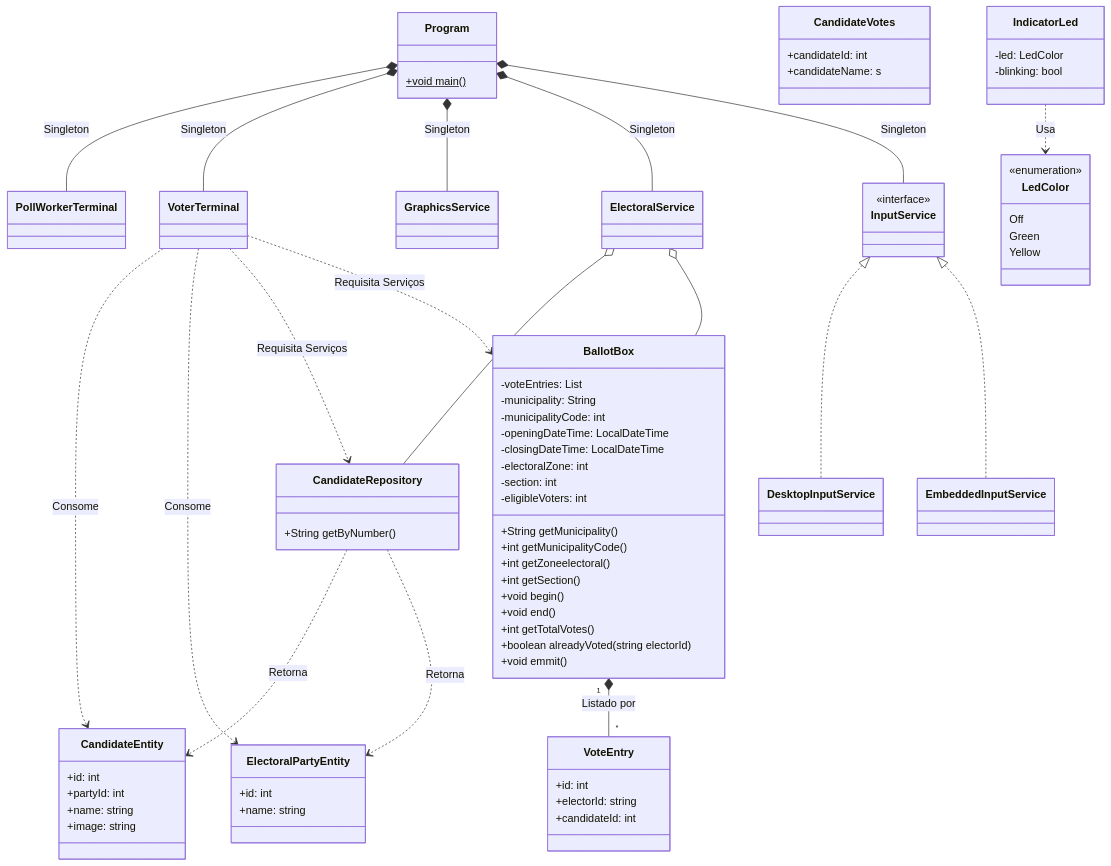
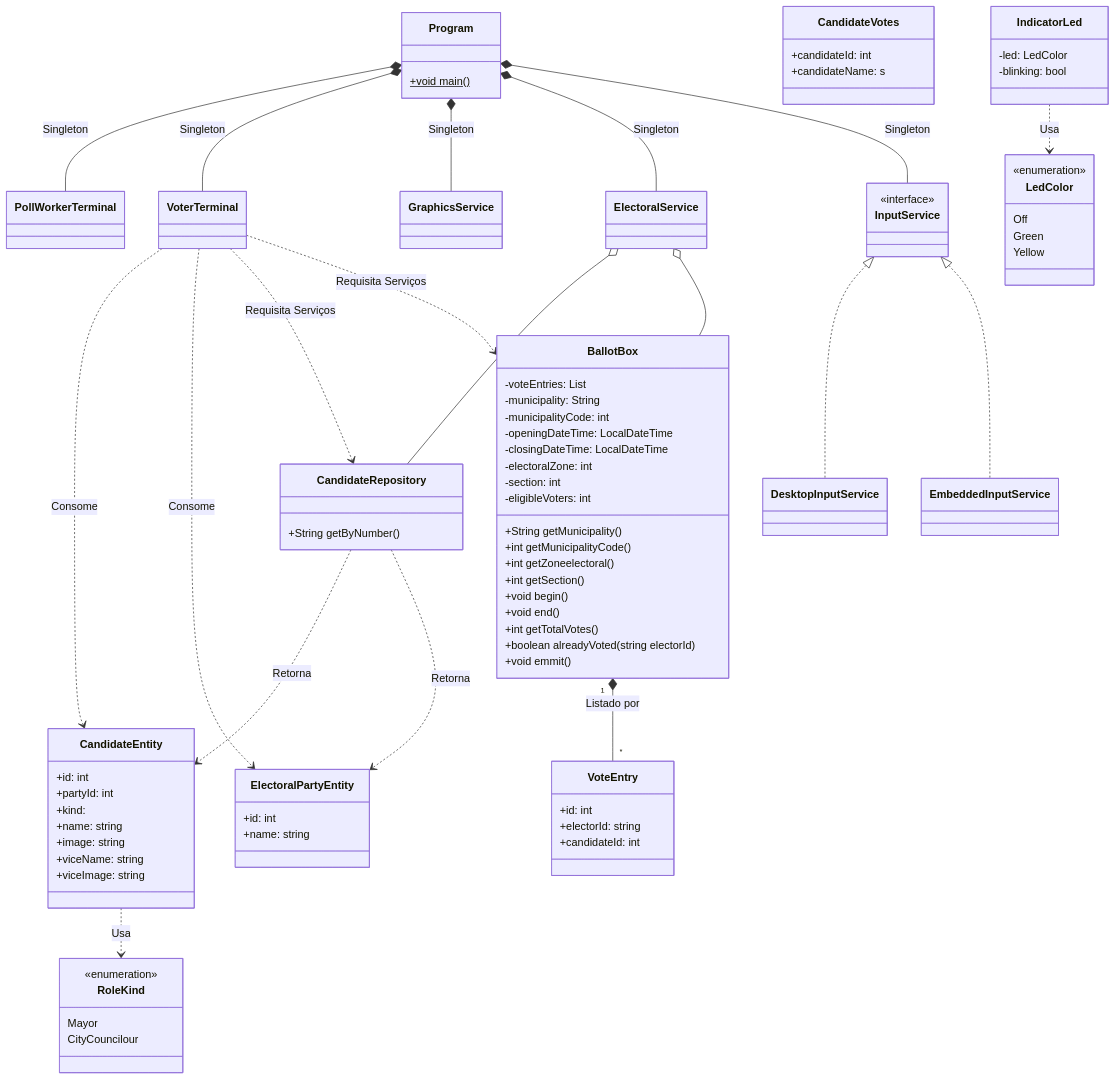
One commit to Augusto-Caique/urna-eletronica changed the diagram in class-diagram.mermaid. Above: the diagram before and after it, drawn with Mermaid.

Commit message:
Adicionar RoleKind

```diff
--- a/class-diagram.mermaid
+++ b/class-diagram.mermaid
@@ -1,127 +1,137 @@
 classDiagram
 
 class Program {
     +void main()$
 }
 
 class GraphicsService {
     
 }
 
 class ElectoralService {
 
 }
 
 class InputService <<interface>> {
 
 }
 
 class DesktopInputService {
     %%Raspberry Pi
 }
 
 class EmbeddedInputService {
 
 }
 
 class CandidateRepository {
     
     +String getByNumber ()
 }
 
 class CandidateEntity {
     %% TODO ver com nirton o encapsulamento das
     %% entidades do DB no java
     +id: int
     +partyId: int
+    +kind:
     +name: string
     +image: string
+    +viceName: string
+    +viceImage: string
 }
 
 class ElectoralPartyEntity {
     %% TODO ver com nirton o encapsulamento das
     %% entidades do DB no java
     +id: int
     +name: string
 }
 
 class VoteEntry {
     %% TODO ver com nirton o encapsulamento das
     %% entidades do DB no java
     +id: int
     +electorId: string
     +candidateId: int
 }
 
 class CandidateVotes {
     +candidateId: int
     +candidateName: s
 }
 
 class BallotBox {
     %% municipality -> 5 digits
     %% UE -> 8 digits
 
     -voteEntries: List<VoteEntry>
     -municipality: String
     -municipalityCode: int 
     -openingDateTime: LocalDateTime
     -closingDateTime: LocalDateTime
     -electoralZone: int
     -section: int
     -eligibleVoters: int
     
     +String getMunicipality()
     +int getMunicipalityCode()
     +int getZoneelectoral()
     +int getSection()
 
     +void begin()
     +void end()
 
     +int getTotalVotes()
     +boolean alreadyVoted(string electorId)
 
     +void emmit()
 }
 
 class PollWorkerTerminal {
     
 }
 
 class VoterTerminal {
     
 }
 
 class IndicatorLed {
     -led: LedColor
     -blinking: bool
 }
 
+class RoleKind <<enumeration>> {
+    Mayor
+    CityCouncilour
+}
+
 class LedColor <<enumeration>> {
     Off
     Green
     Yellow
 }
+
 
 Program *-- PollWorkerTerminal : Singleton
 Program *-- VoterTerminal : Singleton
 Program *-- GraphicsService : Singleton
 Program *-- ElectoralService : Singleton
 Program *-- InputService : Singleton
 
 ElectoralService o-- CandidateRepository
 ElectoralService o-- BallotBox
 
 InputService <|.. DesktopInputService
 InputService <|.. EmbeddedInputService
 
 BallotBox "1" *-- "*" VoteEntry : Listado por
 CandidateRepository ..> CandidateEntity : Retorna
 CandidateRepository ..> ElectoralPartyEntity : Retorna
 VoterTerminal ..> CandidateEntity : Consome
 VoterTerminal ..> ElectoralPartyEntity : Consome
 VoterTerminal ..> CandidateRepository : Requisita Serviços
 VoterTerminal ..> BallotBox : Requisita Serviços
 
+CandidateEntity ..> RoleKind : Usa
 IndicatorLed ..> LedColor : Usa
```
